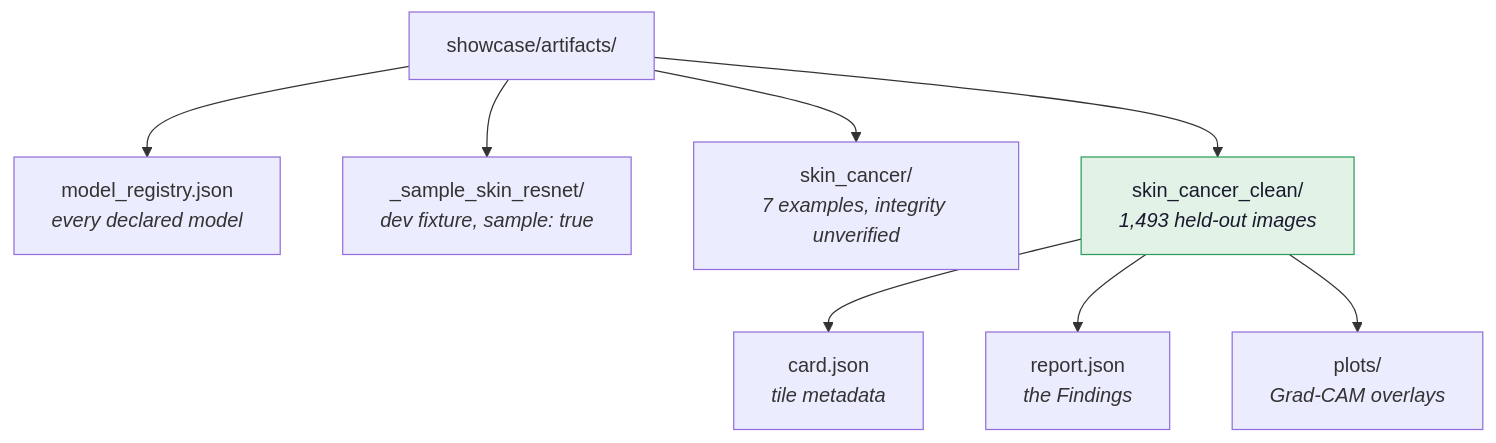
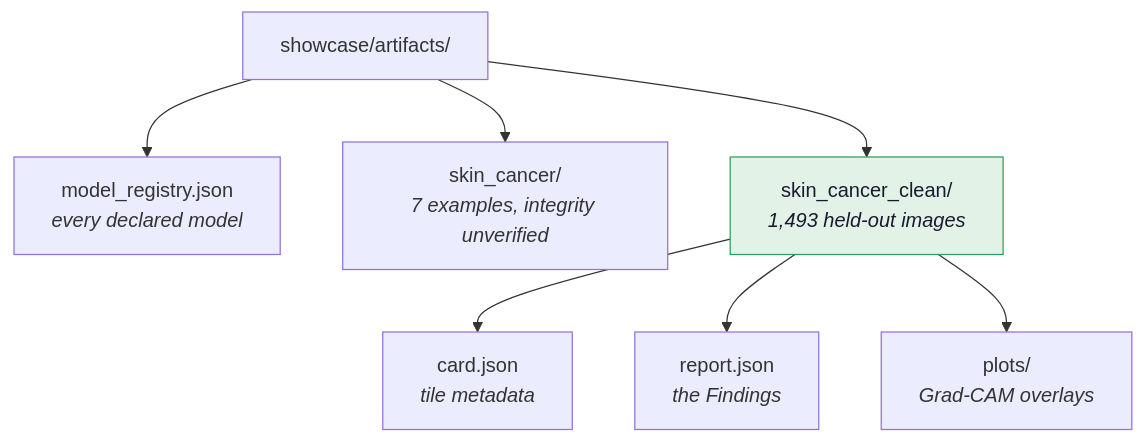
One commit to sabrinahartung/verifai-medical changed the fifth of 5 diagrams in docs/data-model.md. Above: the diagram before and after it, drawn with Mermaid. The commit also changed 25 other files, not shown here.

````diff
--- a/docs/data-model.md
+++ b/docs/data-model.md
@@ -220,12 +220,11 @@
 ```mermaid
 flowchart TB
     A["showcase/artifacts/"]
     A --> R["model_registry.json<br/><i>every declared model</i>"]
-    A --> B["_sample_skin_resnet/<br/><i>dev fixture, sample: true</i>"]
     A --> C["skin_cancer/<br/><i>7 examples, integrity unverified</i>"]
     A --> D["skin_cancer_clean/<br/><i>1,493 held-out images</i>"]
     D --> D1["card.json<br/><i>tile metadata</i>"]
     D --> D2["report.json<br/><i>the Findings</i>"]
     D --> D3["plots/<br/><i>Grad-CAM overlays</i>"]
     style D fill:#E3F2E7,stroke:#2E9E5B,color:#1a1a2e
 ```
````
